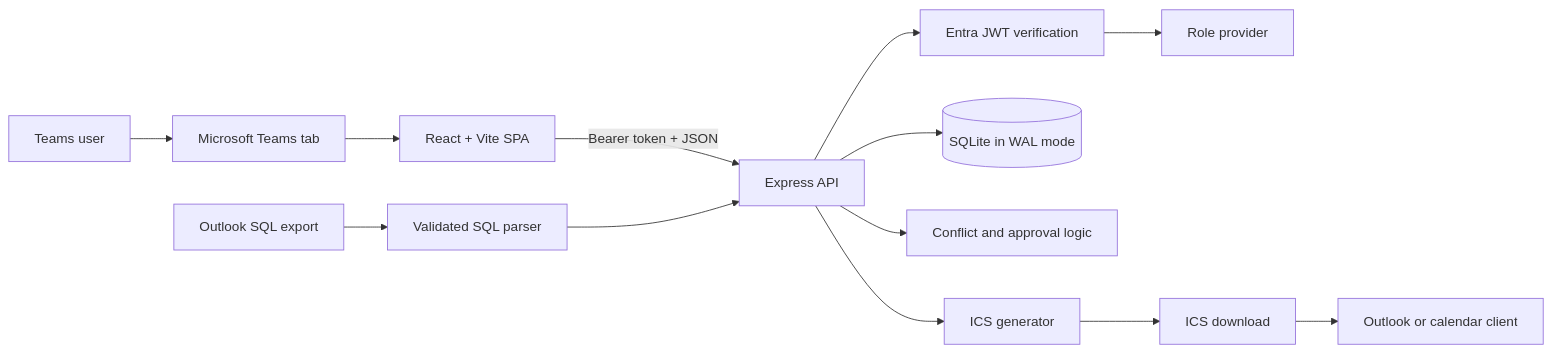
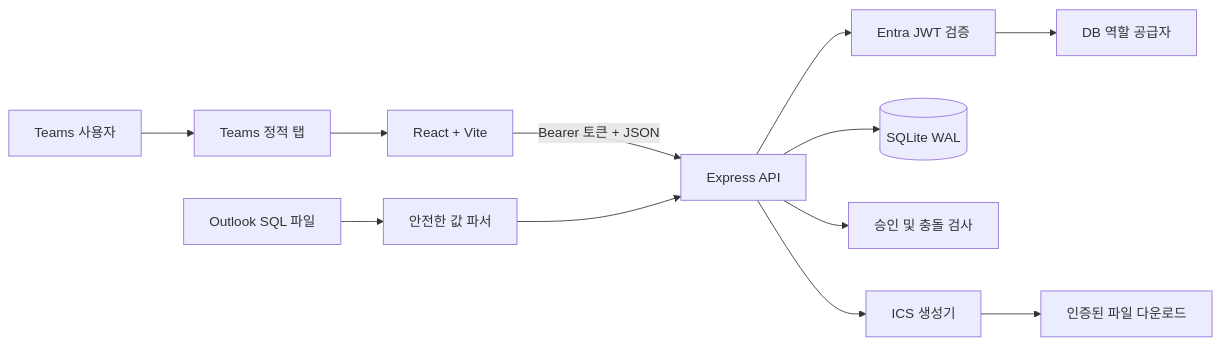
One commit to microsoft/InternPing-Website changed the first of 2 diagrams in docs/architecture.md. Above: the diagram before and after it, drawn with Mermaid. The commit also changed other lines of this file and 5 other files, not shown here.

````diff
--- a/docs/architecture.md
+++ b/docs/architecture.md
@@ -12,15 +12,14 @@
 ```mermaid
 flowchart LR
-    U[Teams user] --> T[Microsoft Teams tab]
-    T --> R[React + Vite SPA]
-    R -->|Bearer token + JSON| A[Express API]
-    A --> J[Entra JWT verification]
-    J --> P[Role provider]
-    A --> S[(SQLite in WAL mode)]
-    A --> C[Conflict and approval logic]
-    A --> I[ICS generator]
-    O[Outlook SQL export] --> X[Validated SQL parser]
+    U[Teams 사용자] --> T[Teams 정적 탭]
+    T --> R[React + Vite]
+    R -->|Bearer 토큰 + JSON| A[Express API]
+    A --> J[Entra JWT 검증]
+    J --> P[DB 역할 공급자]
+    A --> S[(SQLite WAL)]
+    A --> C[승인 및 충돌 검사]
+    O[Outlook SQL 파일] --> X[안전한 값 파서]
     X --> A
-    I --> D[ICS download]
-    D --> OC[Outlook or calendar client]
+    A --> I[ICS 생성기]
+    I --> D[인증된 파일 다운로드]
 ```
````
